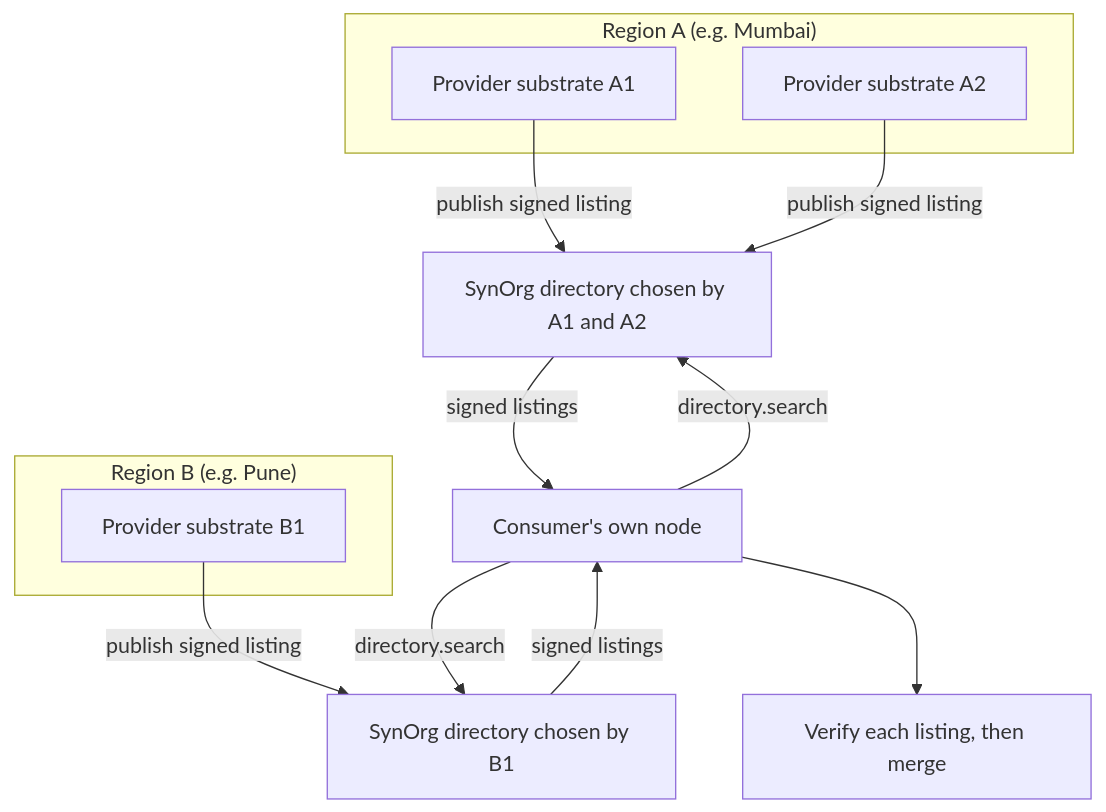
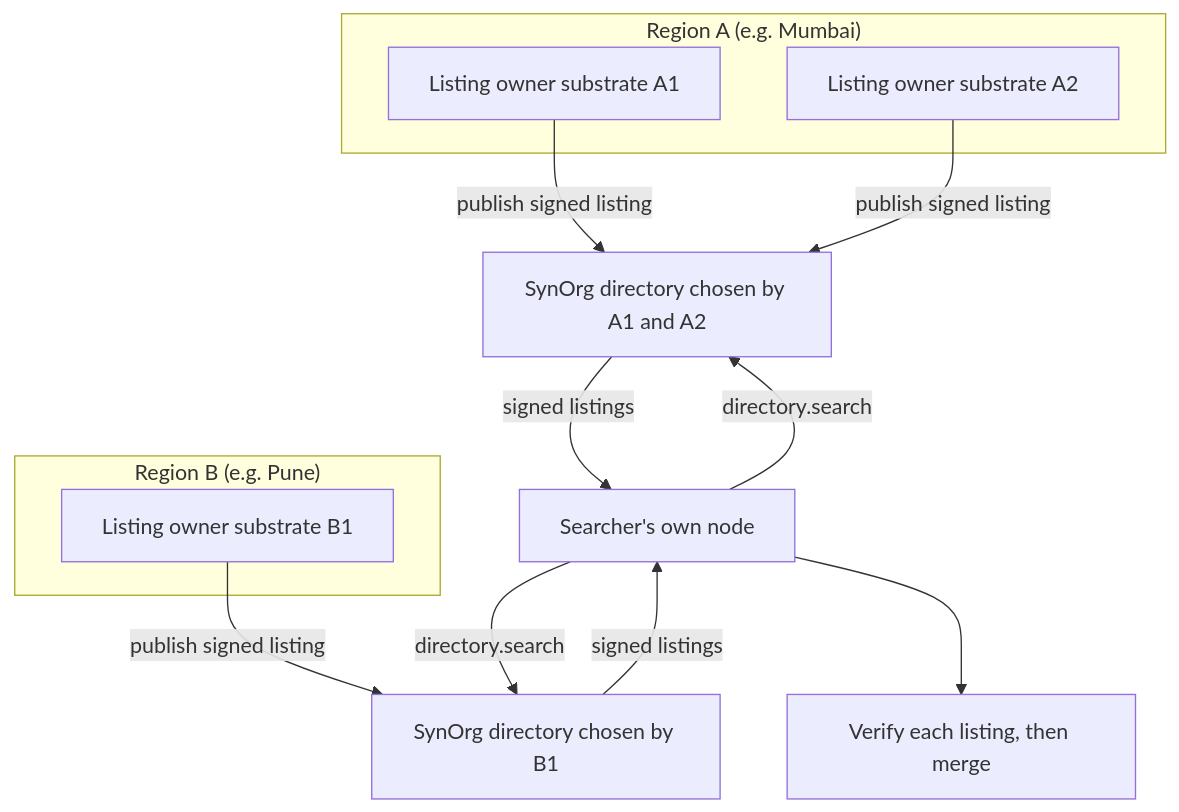
One commit to syneroym/syneroym changed diagram 19 of 23 in docs/system-architecture.md. Above: the diagram before and after it, drawn with Mermaid. The commit also changed other lines of this file and 106 other files, not shown here.

````diff
--- a/docs/system-architecture.md
+++ b/docs/system-architecture.md
@@ -1347,25 +1347,25 @@
 ```mermaid
 flowchart TD
     subgraph REGION_A["Region A (e.g. Mumbai)"]
-        SA1[Provider substrate A1]
-        SA2[Provider substrate A2]
+        SA1[Listing owner substrate A1]
+        SA2[Listing owner substrate A2]
     end
 
     subgraph REGION_B["Region B (e.g. Pune)"]
-        SB1[Provider substrate B1]
+        SB1[Listing owner substrate B1]
     end
 
     DIR_A[SynOrg directory chosen by A1 and A2]
     DIR_B[SynOrg directory chosen by B1]
-    CONSUMER3[Consumer's own node]
+    SEARCHER_NODE[Searcher's own node]
 
     SA1 -->|"publish signed listing"| DIR_A
     SA2 -->|"publish signed listing"| DIR_A
     SB1 -->|"publish signed listing"| DIR_B
 
-    CONSUMER3 -->|"directory.search"| DIR_A
-    CONSUMER3 -->|"directory.search"| DIR_B
-    DIR_A -->|"signed listings"| CONSUMER3
-    DIR_B -->|"signed listings"| CONSUMER3
-    CONSUMER3 --> VERIFY[Verify each listing, then merge]
+    SEARCHER_NODE -->|"directory.search"| DIR_A
+    SEARCHER_NODE -->|"directory.search"| DIR_B
+    DIR_A -->|"signed listings"| SEARCHER_NODE
+    DIR_B -->|"signed listings"| SEARCHER_NODE
+    SEARCHER_NODE --> VERIFY[Verify each listing, then merge]
 ```
````
